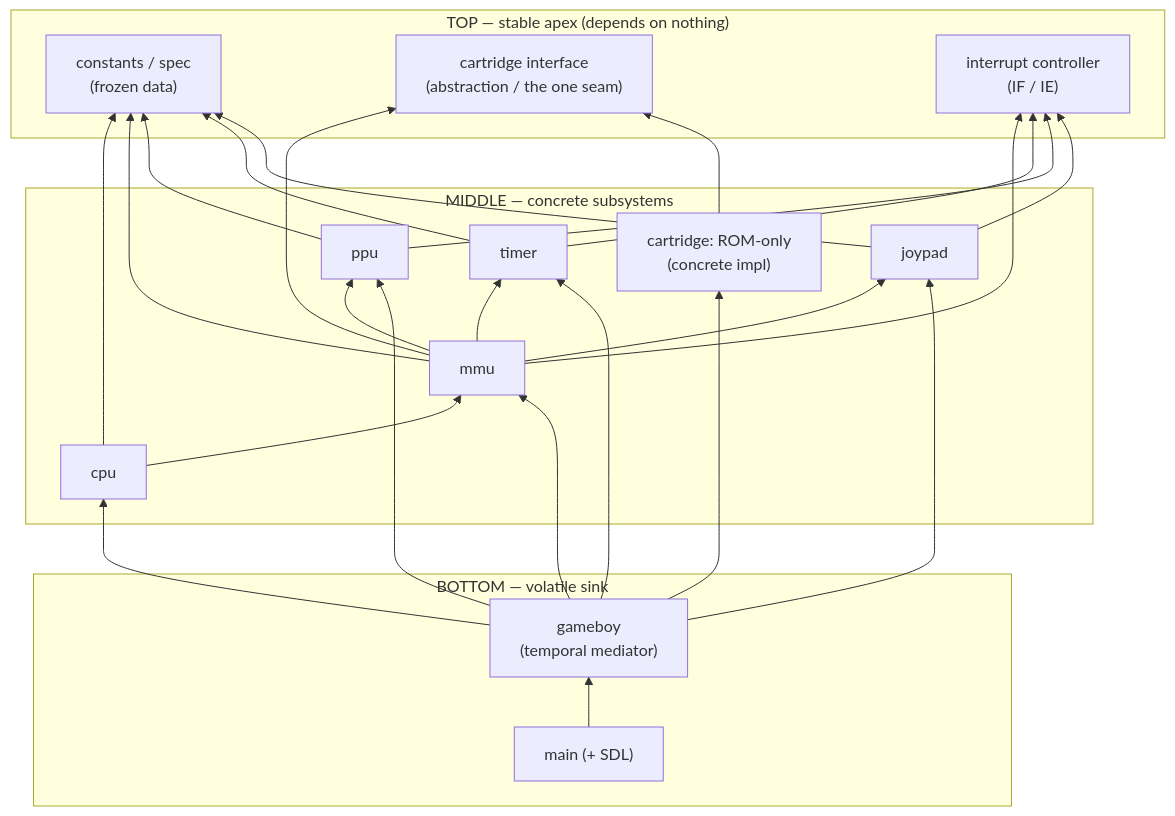
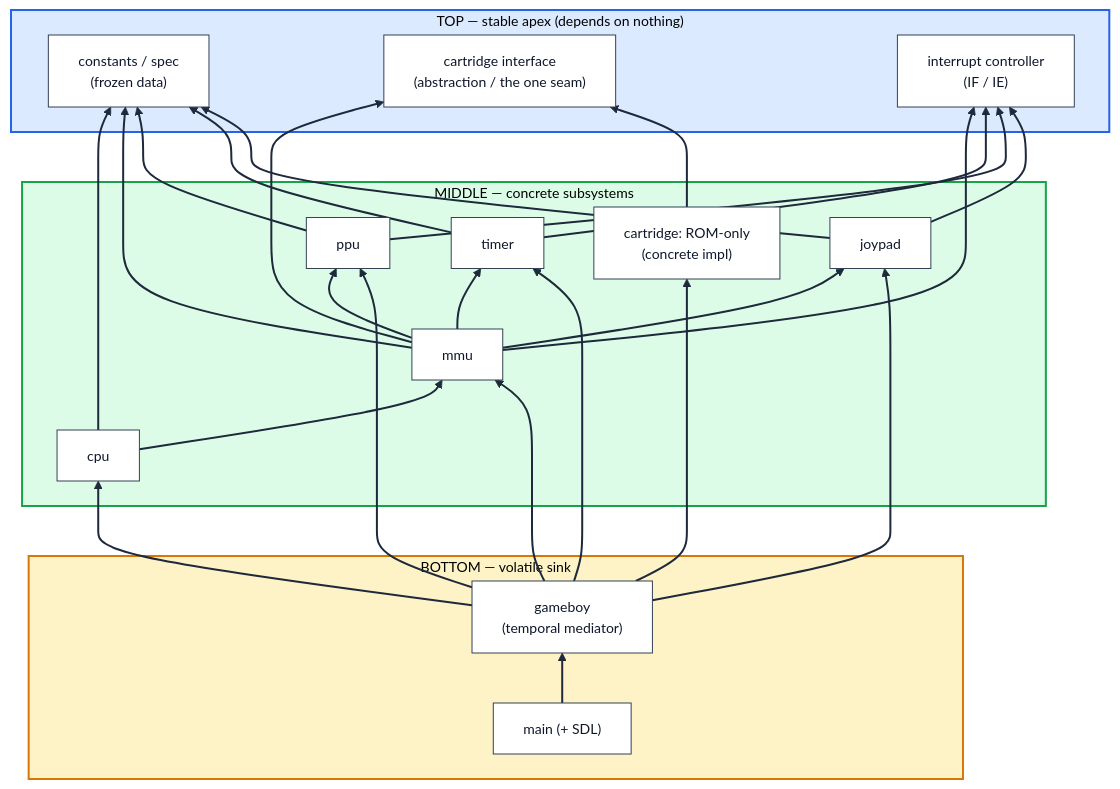
Before and after one commit to robbie55/gameboy-emulator: the first of 2 diagrams in docs/ARCHITECTURE.md, drawn with Mermaid.

Commit message:
Touch up to background color of diagram

````diff
--- a/docs/ARCHITECTURE.md
+++ b/docs/ARCHITECTURE.md
@@ -106,58 +106,70 @@
 ```mermaid
+%%{init: {'theme': 'base', 'themeVariables': {
+    'fontSize': '14px',
+    'clusterBkg': '#e9eef5', 'clusterBorder': '#64748b',
+    'primaryColor': '#ffffff', 'primaryBorderColor': '#334155',
+    'primaryTextColor': '#0f172a', 'lineColor': '#1e293b'
+}}}%%
 flowchart BT
     subgraph TOP["TOP — stable apex (depends on nothing)"]
         CONST["constants / spec<br/>(frozen data)"]
         CARTIF["cartridge interface<br/>(abstraction / the one seam)"]
         IRQ["interrupt controller<br/>(IF / IE)"]
     end
 
     subgraph MID["MIDDLE — concrete subsystems"]
         CPU["cpu"]
         MMU["mmu"]
         PPU["ppu"]
         TIM["timer"]
         JOY["joypad"]
         ROM["cartridge: ROM-only<br/>(concrete impl)"]
     end
 
     subgraph BOT["BOTTOM — volatile sink"]
         GB["gameboy<br/>(temporal mediator)"]
         MAIN["main (+ SDL)"]
     end
 
     %% data-bus spine (the one sanctioned lateral edge)
     CPU --> MMU
 
     %% mmu = data-bus mediator: depends on everything it routes to
     MMU --> CARTIF
     MMU --> PPU
     MMU --> TIM
     MMU --> JOY
     MMU --> IRQ
 
     %% interrupt sources raise into the controller
     TIM --> IRQ
     PPU --> IRQ
     JOY --> IRQ
 
     %% concrete cartridge implements the seam (inversion: concrete points up to abstraction)
     ROM --> CARTIF
 
     %% every concrete subsystem reads the frozen spec
     CPU --> CONST
     MMU --> CONST
     PPU --> CONST
     TIM --> CONST
     JOY --> CONST
 
     %% orchestrator depends on (owns + drives) all of MIDDLE
     GB --> CPU
     GB --> MMU
     GB --> PPU
     GB --> TIM
     GB --> JOY
     GB --> ROM
 
     %% process entry
     MAIN --> GB
+
+    %% --- styling: tinted layers + white nodes + bold edges so arrows read clearly ---
+    style TOP fill:#dbeafe,stroke:#2563eb,stroke-width:2px
+    style MID fill:#dcfce7,stroke:#16a34a,stroke-width:2px
+    style BOT fill:#fef3c7,stroke:#d97706,stroke-width:2px
+    linkStyle default stroke:#1e293b,stroke-width:2px
 ```
````
